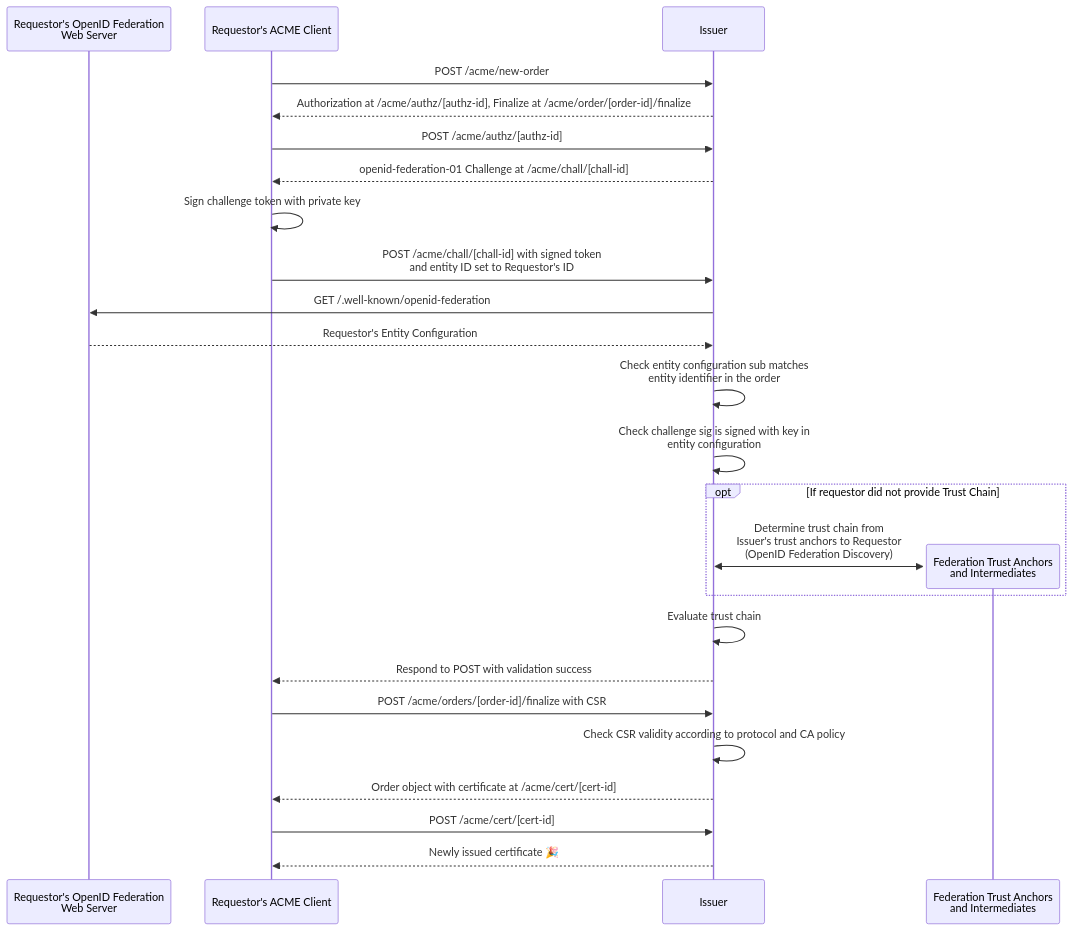
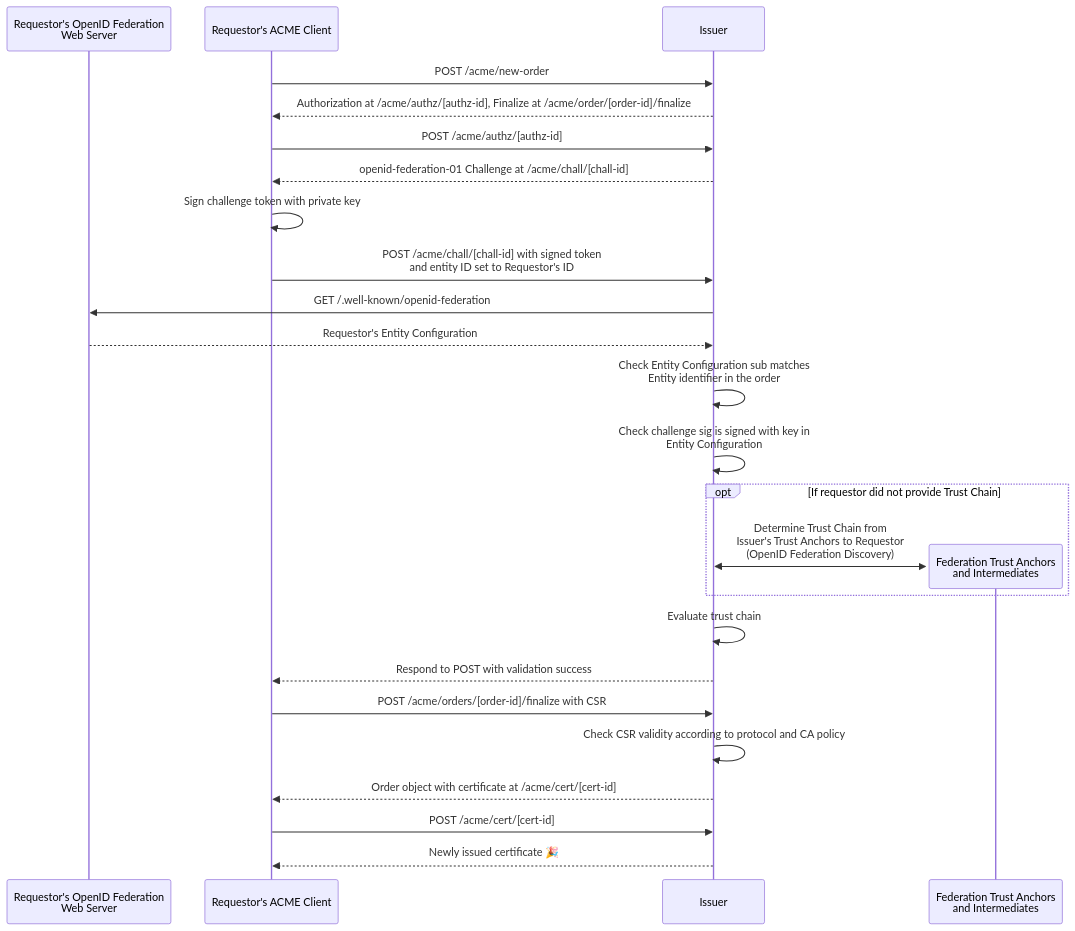
The diagram in draft-demarco-acme-openid-federation.md (peppelinux/draft-demarco-acme-openid-federation), drawn with Mermaid before and after one commit.

Commit message:
Apply suggestions from code review

````diff
--- a/draft-demarco-acme-openid-federation.md
+++ b/draft-demarco-acme-openid-federation.md
@@ -290,28 +290,28 @@
 ```mermaid
 sequenceDiagram
   participant RF as Requestor's OpenID Federation<br> Web Server
   participant RC as Requestor's ACME Client
   participant A as Issuer
 
   RC ->> A: POST /acme/new-order
   A -->> RC: Authorization at /acme/authz/[authz-id], Finalize at /acme/order/[order-id]/finalize
   RC ->> A: POST /acme/authz/[authz-id]
   A -->> RC: openid-federation-01 Challenge at /acme/chall/[chall-id]
   RC ->> RC: Sign challenge token with private key
   RC ->> A: POST /acme/chall/[chall-id] with signed token<br>and entity ID set to Requestor's ID
   A ->> RF: GET /.well-known/openid-federation
   RF -->> A: Requestor's Entity Configuration
-  A ->> A: Check entity configuration sub matches<br>entity identifier in the order
-  A ->> A: Check challenge sig is signed with key in<br>entity configuration
+  A ->> A: Check Entity Configuration sub matches<br>Entity identifier in the order
+  A ->> A: Check challenge sig is signed with key in<br>Entity Configuration
   opt If requestor did not provide Trust Chain
     create participant F as Federation Trust Anchors<br>and Intermediates
-    A <<->> F: Determine trust chain from<br>Issuer's trust anchors to Requestor<br>(OpenID Federation Discovery)
+    A <<->> F: Determine Trust Chain from<br>Issuer's Trust Anchors to Requestor<br>(OpenID Federation Discovery)
   end
   A ->> A: Evaluate trust chain
   A -->> RC: Respond to POST with validation success
   RC ->> A: POST /acme/orders/[order-id]/finalize with CSR
   A ->> A: Check CSR validity according to protocol and CA policy
   A -->> RC: Order object with certificate at /acme/cert/[cert-id]
   RC ->> A: POST /acme/cert/[cert-id]
   A -->> RC: Newly issued certificate 🎉
 ```
````
